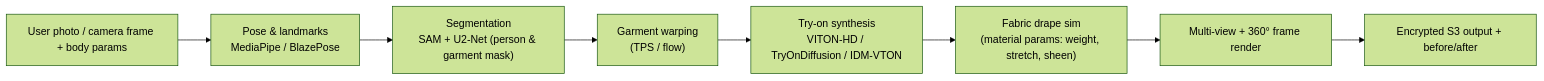
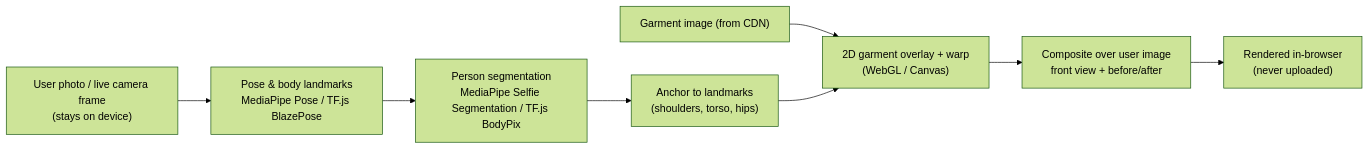
The seventh of 8 diagrams in .kiro/specs/luxury-womens-boutique/design.md (Sory777/aurelle-boutique), drawn with Mermaid (forest theme) before and after one commit. The commit also changed other lines of this file and 15 other files, not shown here.

````diff
--- a/.kiro/specs/luxury-womens-boutique/design.md
+++ b/.kiro/specs/luxury-womens-boutique/design.md
@@ -698,10 +745,10 @@
 ```mermaid
 graph LR
-    IMG["User photo / camera frame + body params"] --> POSE["Pose & landmarks<br/>MediaPipe / BlazePose"]
-    POSE --> SEG["Segmentation<br/>SAM + U2-Net (person & garment mask)"]
-    SEG --> WARP["Garment warping<br/>(TPS / flow)"]
-    WARP --> GEN["Try-on synthesis<br/>VITON-HD / TryOnDiffusion / IDM-VTON"]
-    GEN --> DRAPE["Fabric drape sim<br/>(material params: weight, stretch, sheen)"]
-    DRAPE --> VIEWS["Multi-view + 360° frame render"]
-    VIEWS --> OUT["Encrypted S3 output + before/after"]
+    IMG["User photo / live camera frame<br/>(stays on device)"] --> POSE["Pose & body landmarks<br/>MediaPipe Pose / TF.js BlazePose"]
+    POSE --> SEG["Person segmentation<br/>MediaPipe Selfie Segmentation / TF.js BodyPix"]
+    SEG --> ANCHOR["Anchor to landmarks<br/>(shoulders, torso, hips)"]
+    GARMENT["Garment image (from CDN)"] --> WARP
+    ANCHOR --> WARP["2D garment overlay + warp<br/>(WebGL / Canvas)"]
+    WARP --> COMPOSITE["Composite over user image<br/>front view + before/after"]
+    COMPOSITE --> OUT["Rendered in-browser<br/>(never uploaded)"]
 ```
````
